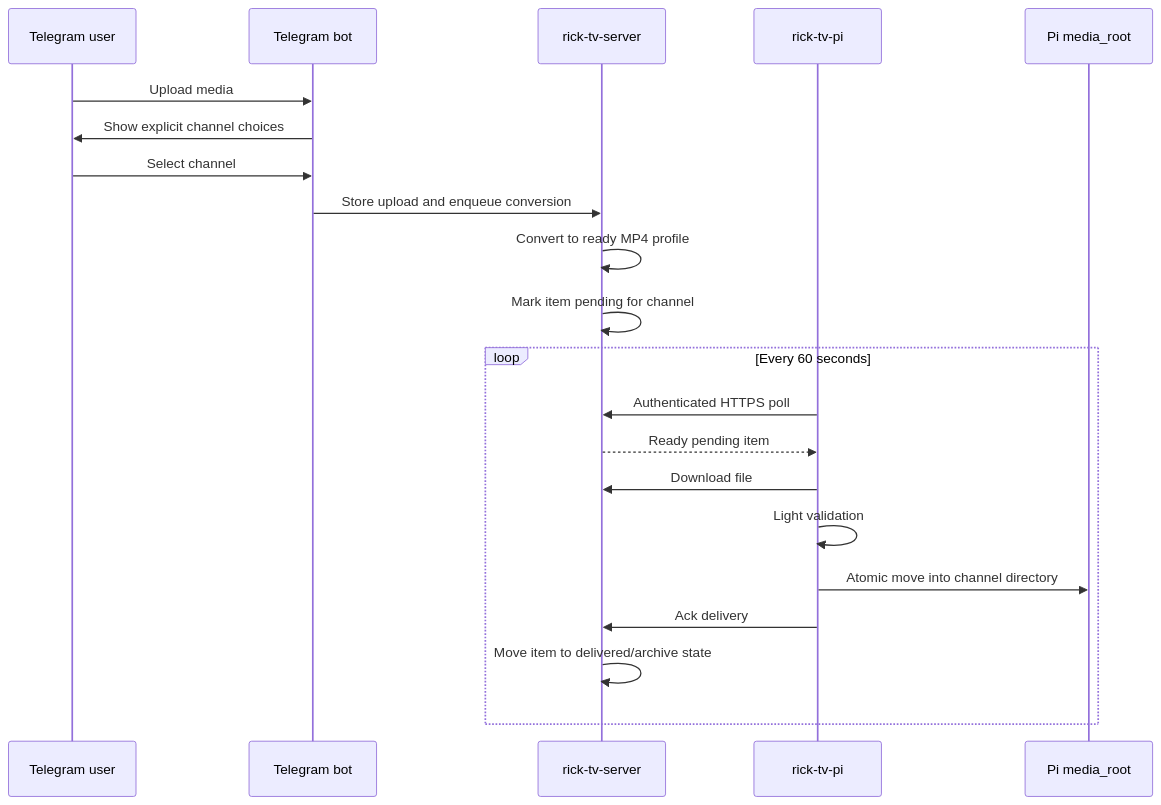
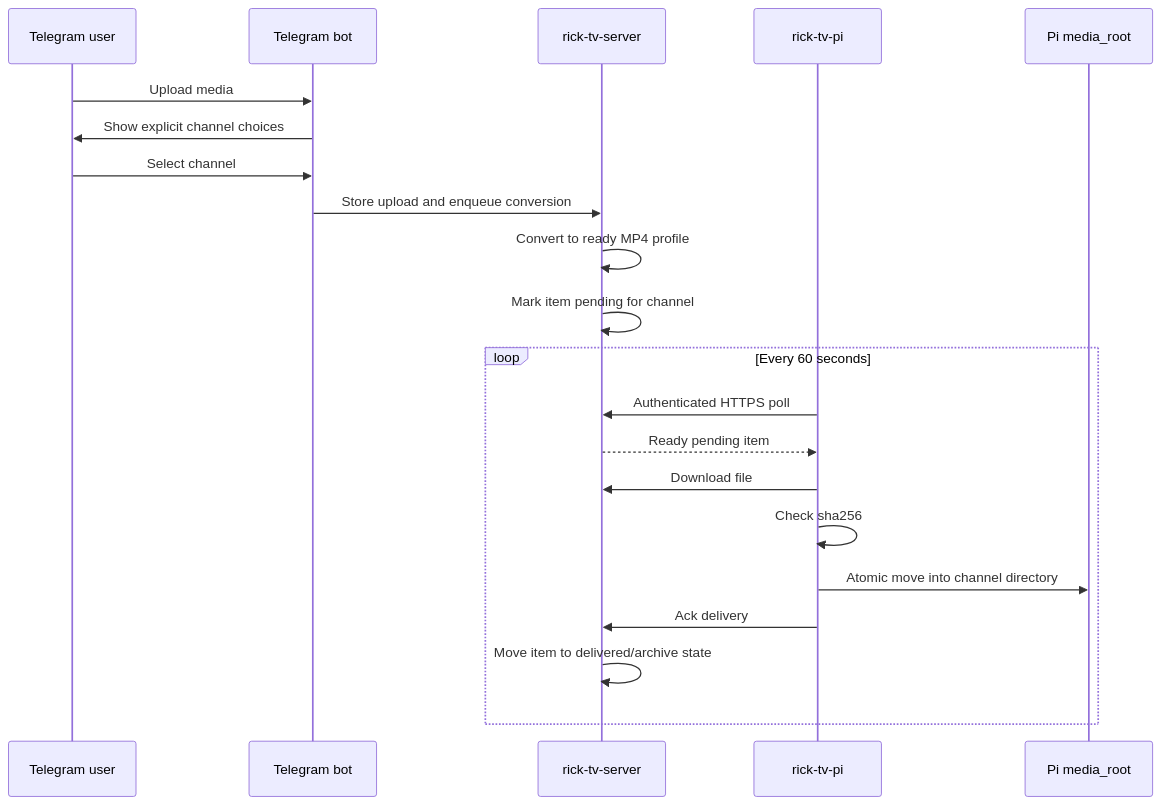
Before and after one commit to dmpanch/rick_tv: the first of 3 diagrams in docs/superpowers/specs/2026-05-18-rick-tv-design.md, drawn with Mermaid. The commit also changed other lines of this file and 5 other files, not shown here.

````diff
--- a/docs/superpowers/specs/2026-05-18-rick-tv-design.md
+++ b/docs/superpowers/specs/2026-05-18-rick-tv-design.md
@@ -141,24 +141,24 @@
 ```mermaid
 sequenceDiagram
     participant U as Telegram user
     participant B as Telegram bot
     participant S as rick-tv-server
     participant P as rick-tv-pi
     participant M as Pi media_root
 
     U->>B: Upload media
     B->>U: Show explicit channel choices
     U->>B: Select channel
     B->>S: Store upload and enqueue conversion
     S->>S: Convert to ready MP4 profile
     S->>S: Mark item pending for channel
     loop Every 60 seconds
         P->>S: Authenticated HTTPS poll
         S-->>P: Ready pending item
         P->>S: Download file
-        P->>P: Light validation
+        P->>P: Check sha256
         P->>M: Atomic move into channel directory
         P->>S: Ack delivery
         S->>S: Move item to delivered/archive state
     end
 ```
````
